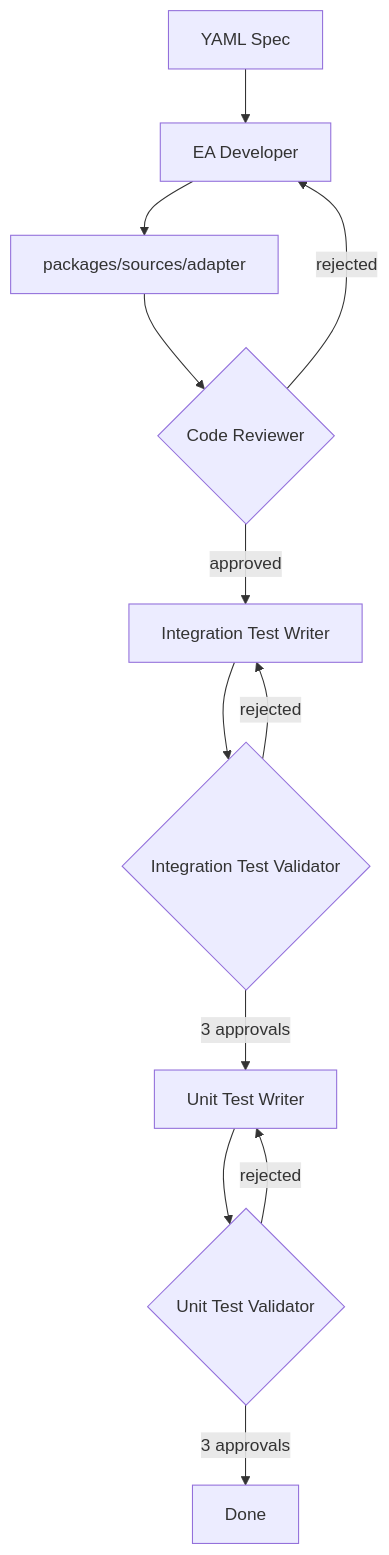
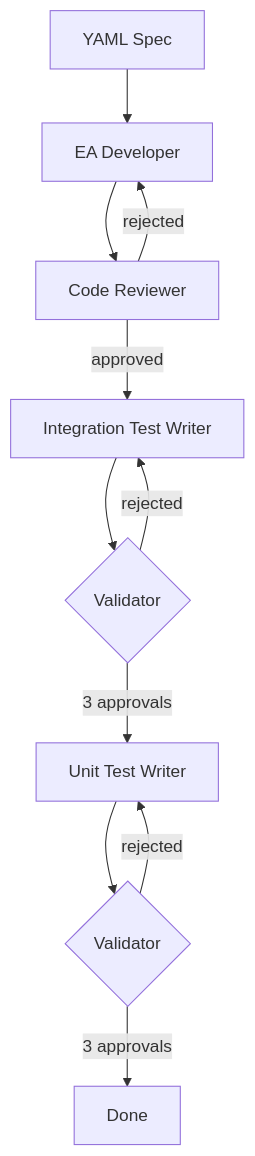
The diagram in ea-agent/README.md (smartcontractkit/external-adapters-js), drawn with Mermaid before and after one commit. The commit also changed other lines of this file, not shown here.

````diff
--- a/ea-agent/README.md
+++ b/ea-agent/README.md
@@ -18,14 +13,13 @@
 ```mermaid
 flowchart TD
     A[YAML Spec] --> B[EA Developer]
-    B --> C[packages/sources/adapter]
-    C --> D{Code Reviewer}
-    D -->|rejected| B
-    D -->|approved| E[Integration Test Writer]
-    E --> F{Integration Test Validator}
-    F -->|rejected| E
-    F -->|3 approvals| G[Unit Test Writer]
-    G --> H{Unit Test Validator}
-    H -->|rejected| G
-    H -->|3 approvals| I[Done]
+    B --> C[Code Reviewer]
+    C -->|rejected| B
+    C -->|approved| D[Integration Test Writer]
+    D --> E{Validator}
+    E -->|rejected| D
+    E -->|3 approvals| F[Unit Test Writer]
+    F --> G{Validator}
+    G -->|rejected| F
+    G -->|3 approvals| H[Done]
 ```
````
